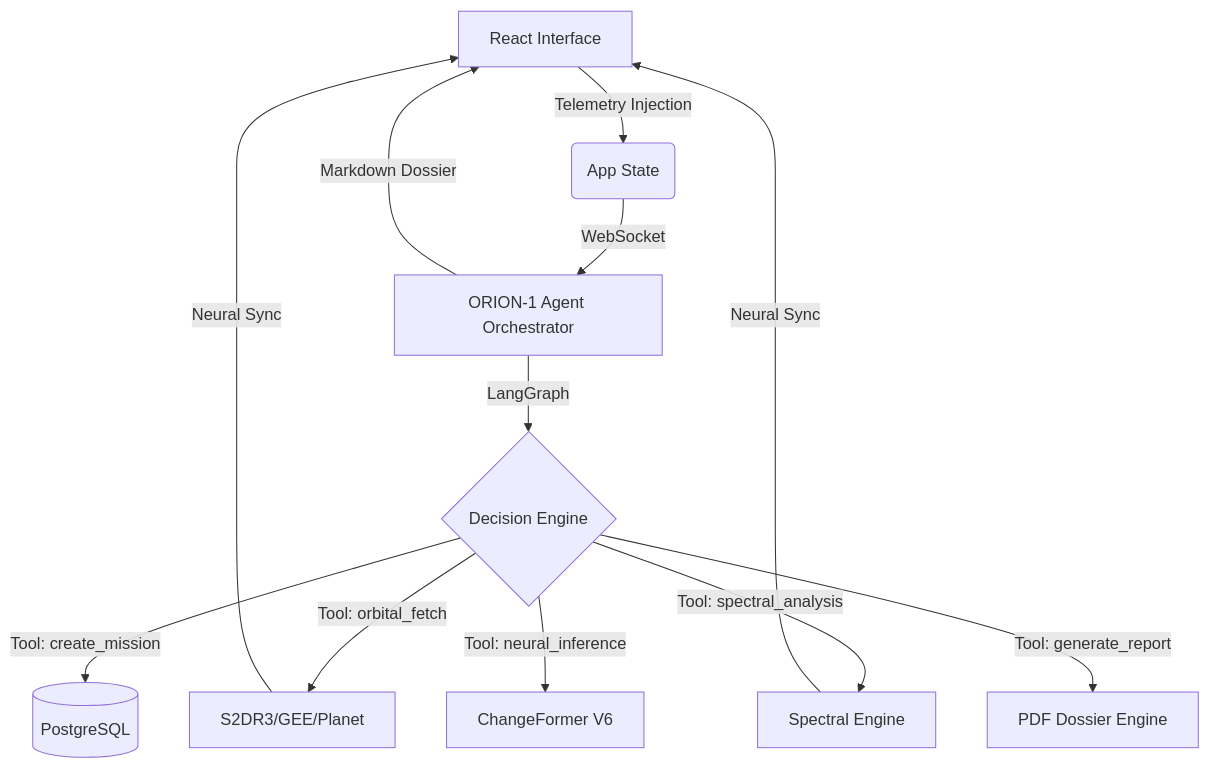
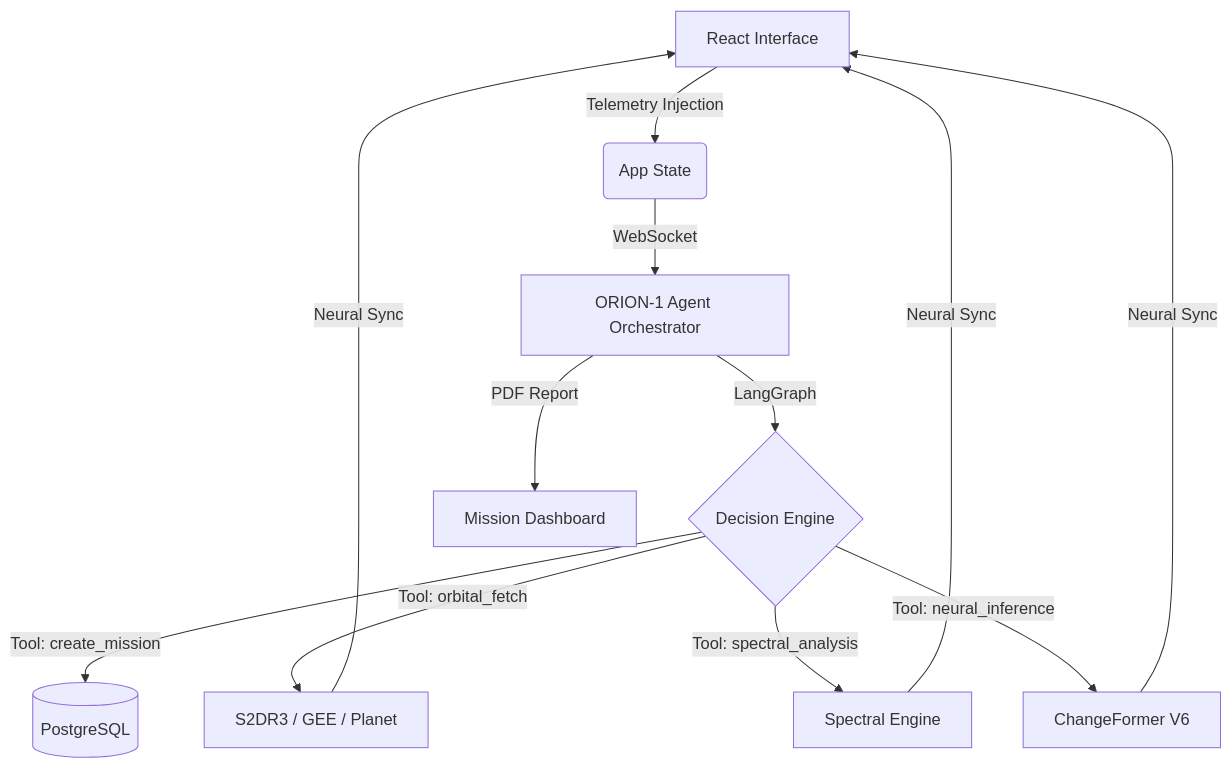
One commit to VatsalMehta-0523/Satellite-Imagery-Change-Detection changed the diagram in README.md. Above: the diagram before and after it, drawn with Mermaid. The commit also changed other lines of this file and 13 other files, not shown here.

Commit message:
docs: Update README architecture, fix ORION tool bug, and polish V2 UI layout

````diff
--- a/README.md
+++ b/README.md
@@ -13,14 +27,14 @@
 ```mermaid
 graph TD
     A[React Interface] -->|Telemetry Injection| B(App State)
     B -->|WebSocket| C[ORION-1 Agent Orchestrator]
     C -->|LangGraph| D{Decision Engine}
     D -->|Tool: create_mission| E[(PostgreSQL)]
-    D -->|Tool: orbital_fetch| F[S2DR3/GEE/Planet]
+    D -->|Tool: orbital_fetch| F[S2DR3 / GEE / Planet]
     D -->|Tool: spectral_analysis| G[Spectral Engine]
     D -->|Tool: neural_inference| H[ChangeFormer V6]
     F -->|Neural Sync| A
     G -->|Neural Sync| A
-    C -->|Markdown Dossier| A
-    D -->|Tool: generate_report| I[PDF Dossier Engine]
+    H -->|Neural Sync| A
+    C -->|PDF Report| I[Mission Dashboard]
 ```
````
